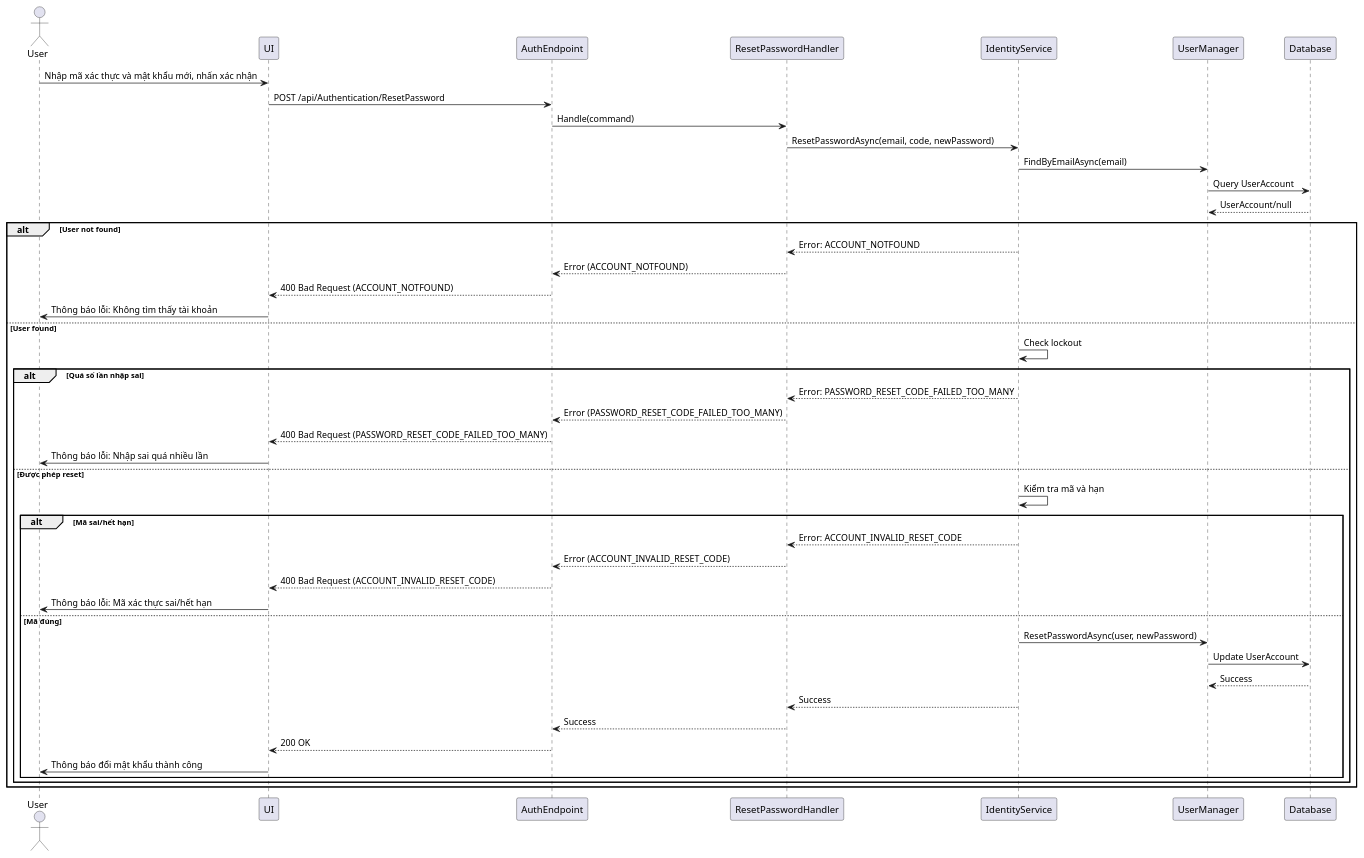
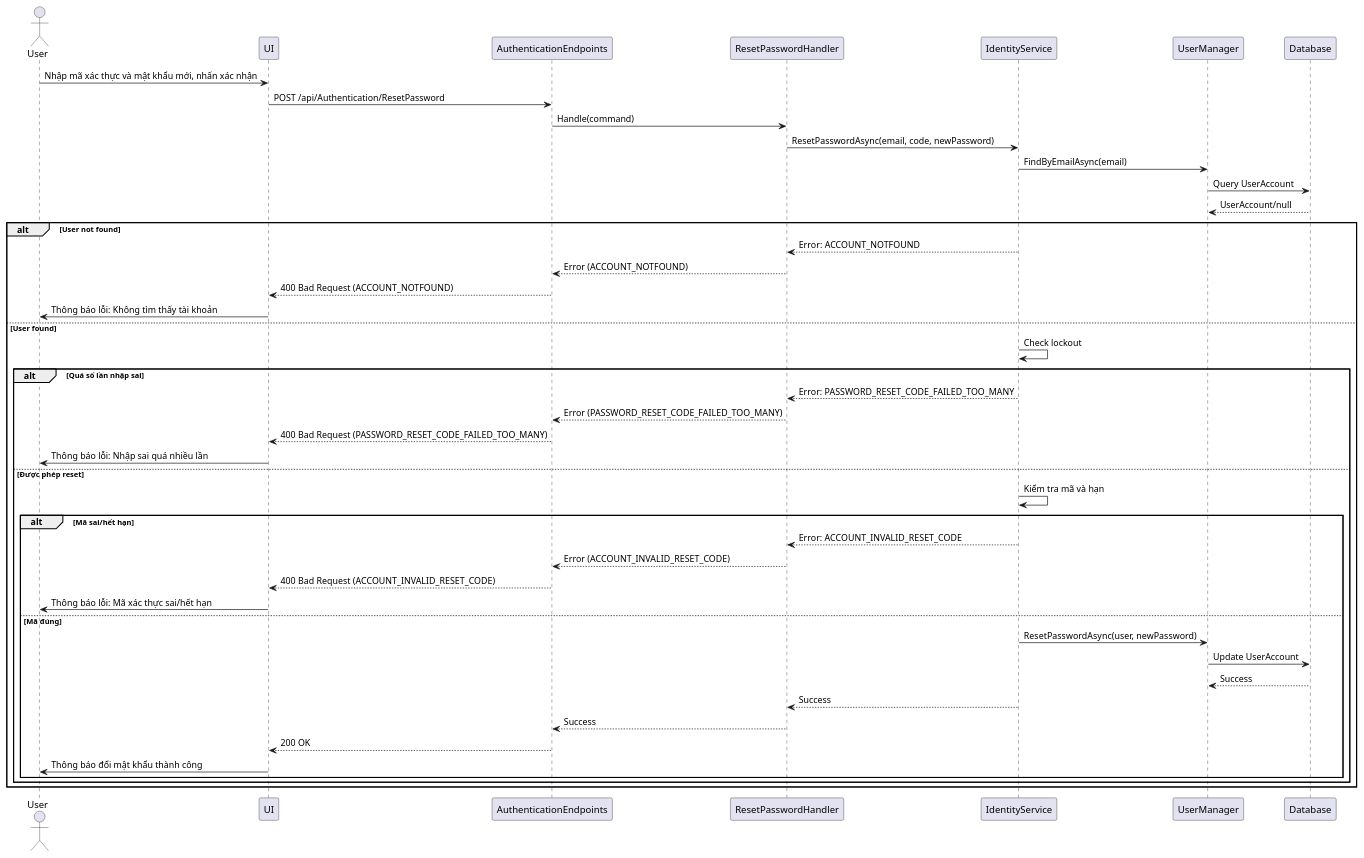
One commit to thanhkhac/SEP_Diagram changed the diagram in authentication/Sequence/09_ResetPassword.puml. Above: the diagram before and after it, drawn with PlantUML. The commit also changed 7 other files, not shown here.

First line of the commit message:
Rename AuthEndpoint to AuthenticationEndpoints in diagrams

```diff
--- a/authentication/Sequence/09_ResetPassword.puml
+++ b/authentication/Sequence/09_ResetPassword.puml
@@ -1,47 +1,47 @@
 @startuml
 actor User
 participant UI
-participant AuthEndpoint
+participant AuthenticationEndpoints
 participant ResetPasswordHandler
 participant IdentityService
 participant UserManager
 participant Database
 
 User -> UI : Nhập mã xác thực và mật khẩu mới, nhấn xác nhận
-UI -> AuthEndpoint : POST /api/Authentication/ResetPassword
-AuthEndpoint -> ResetPasswordHandler : Handle(command)
+UI -> AuthenticationEndpoints : POST /api/Authentication/ResetPassword
+AuthenticationEndpoints -> ResetPasswordHandler : Handle(command)
 ResetPasswordHandler -> IdentityService : ResetPasswordAsync(email, code, newPassword)
 IdentityService -> UserManager : FindByEmailAsync(email)
 UserManager -> Database : Query UserAccount
 Database --> UserManager : UserAccount/null
 alt User not found
     IdentityService --> ResetPasswordHandler : Error: ACCOUNT_NOTFOUND
-    ResetPasswordHandler --> AuthEndpoint : Error (ACCOUNT_NOTFOUND)
-    AuthEndpoint --> UI : 400 Bad Request (ACCOUNT_NOTFOUND)
+    ResetPasswordHandler --> AuthenticationEndpoints : Error (ACCOUNT_NOTFOUND)
+    AuthenticationEndpoints --> UI : 400 Bad Request (ACCOUNT_NOTFOUND)
     UI -> User : Thông báo lỗi: Không tìm thấy tài khoản
 else User found
     IdentityService -> IdentityService : Check lockout
     alt Quá số lần nhập sai
         IdentityService --> ResetPasswordHandler : Error: PASSWORD_RESET_CODE_FAILED_TOO_MANY
-        ResetPasswordHandler --> AuthEndpoint : Error (PASSWORD_RESET_CODE_FAILED_TOO_MANY)
-        AuthEndpoint --> UI : 400 Bad Request (PASSWORD_RESET_CODE_FAILED_TOO_MANY)
+        ResetPasswordHandler --> AuthenticationEndpoints : Error (PASSWORD_RESET_CODE_FAILED_TOO_MANY)
+        AuthenticationEndpoints --> UI : 400 Bad Request (PASSWORD_RESET_CODE_FAILED_TOO_MANY)
         UI -> User : Thông báo lỗi: Nhập sai quá nhiều lần
     else Được phép reset
         IdentityService -> IdentityService : Kiểm tra mã và hạn
         alt Mã sai/hết hạn
             IdentityService --> ResetPasswordHandler : Error: ACCOUNT_INVALID_RESET_CODE
-            ResetPasswordHandler --> AuthEndpoint : Error (ACCOUNT_INVALID_RESET_CODE)
-            AuthEndpoint --> UI : 400 Bad Request (ACCOUNT_INVALID_RESET_CODE)
+            ResetPasswordHandler --> AuthenticationEndpoints : Error (ACCOUNT_INVALID_RESET_CODE)
+            AuthenticationEndpoints --> UI : 400 Bad Request (ACCOUNT_INVALID_RESET_CODE)
             UI -> User : Thông báo lỗi: Mã xác thực sai/hết hạn
         else Mã đúng
             IdentityService -> UserManager : ResetPasswordAsync(user, newPassword)
             UserManager -> Database : Update UserAccount
             Database --> UserManager : Success
             IdentityService --> ResetPasswordHandler : Success
-            ResetPasswordHandler --> AuthEndpoint : Success
-            AuthEndpoint --> UI : 200 OK
+            ResetPasswordHandler --> AuthenticationEndpoints : Success
+            AuthenticationEndpoints --> UI : 200 OK
             UI -> User : Thông báo đổi mật khẩu thành công
         end
     end
 end
 @enduml
```
